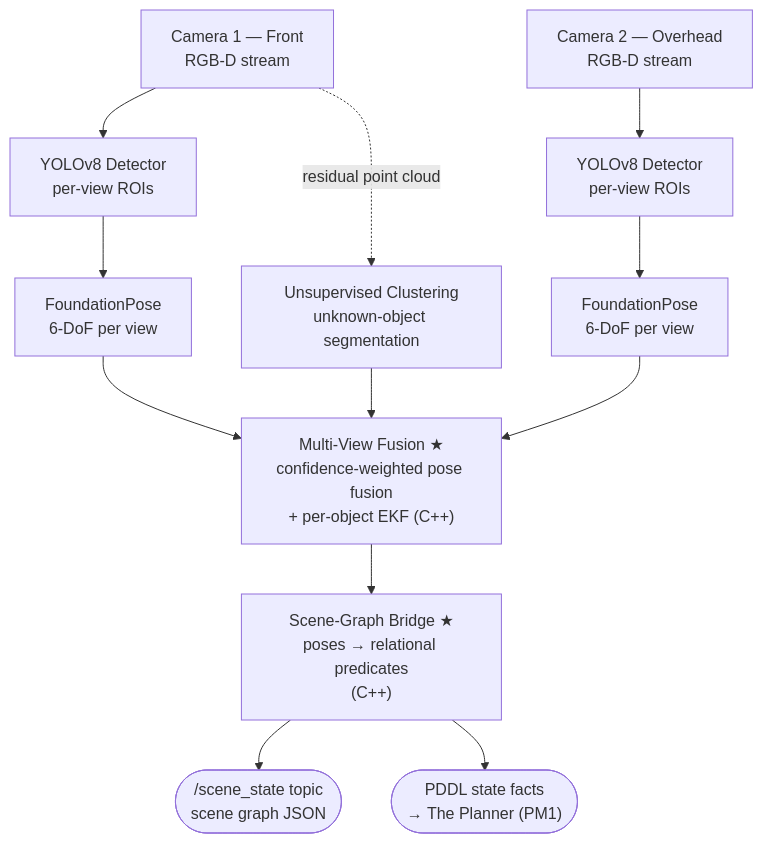
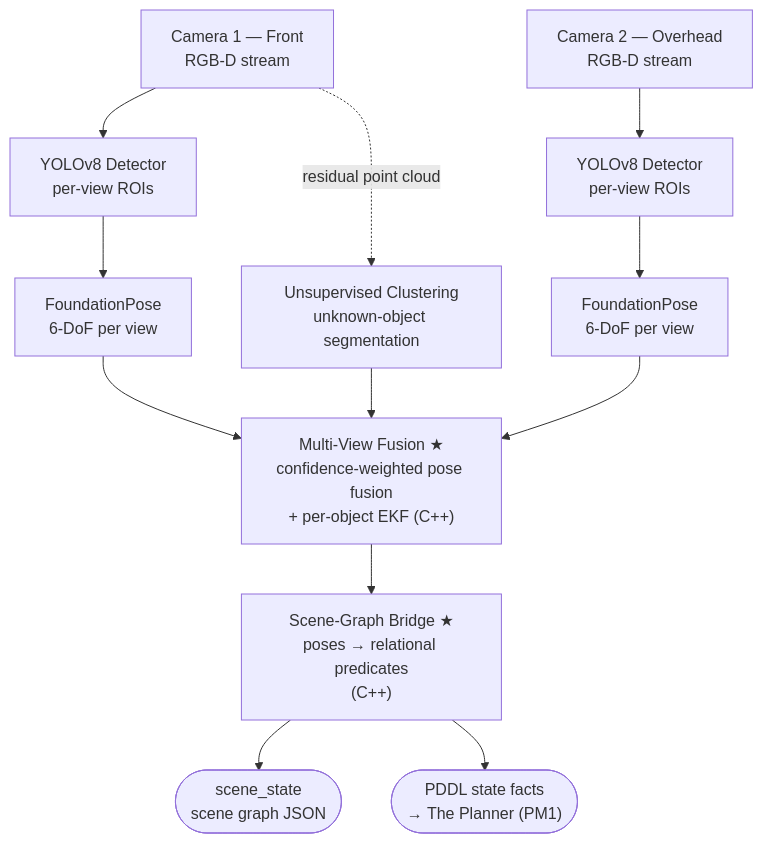
Before and after one commit to chanwaijye/PRS-PM-2026-09-15-AIS08-GRP-12-TheEyes: the diagram in ProjectReport/PRS-PM-2026-AIS08-GRP-12-TheEyes-Proposal-DRAFT.md, drawn with Mermaid. The commit also changed other lines of this file, not shown here.

````diff
--- a/ProjectReport/PRS-PM-2026-AIS08-GRP-12-TheEyes-Proposal-DRAFT.md
+++ b/ProjectReport/PRS-PM-2026-AIS08-GRP-12-TheEyes-Proposal-DRAFT.md
@@ -134,18 +134,18 @@
 ```{.mermaid width=60%}
 flowchart TD
     C1["Camera 1 — Front<BR>RGB-D stream"] --> D1["YOLOv8 Detector<BR>per-view ROIs"]
     C2["Camera 2 — Overhead<BR>RGB-D stream"] --> D2["YOLOv8 Detector<BR>per-view ROIs"]
 
     D1 --> P1["FoundationPose<BR>6-DoF per view"]
     D2 --> P2["FoundationPose<BR>6-DoF per view"]
 
     C1 -. residual point cloud .-> U["Unsupervised Clustering<BR>unknown-object segmentation"]
 
     P1 & P2 --> F["Multi-View Fusion ★<BR>confidence-weighted pose fusion<BR>+ per-object EKF (C++)"]
     U --> F
 
     F --> S["Scene-Graph Bridge ★<BR>poses → relational predicates<BR>(C++)"]
 
-    S --> O1(["/scene_state topic<BR>scene graph JSON"])
+    S --> O1(["scene_state<BR>scene graph JSON"])
     S --> O2(["PDDL state facts<BR>→ The Planner (PM1)"])
 ```
````
